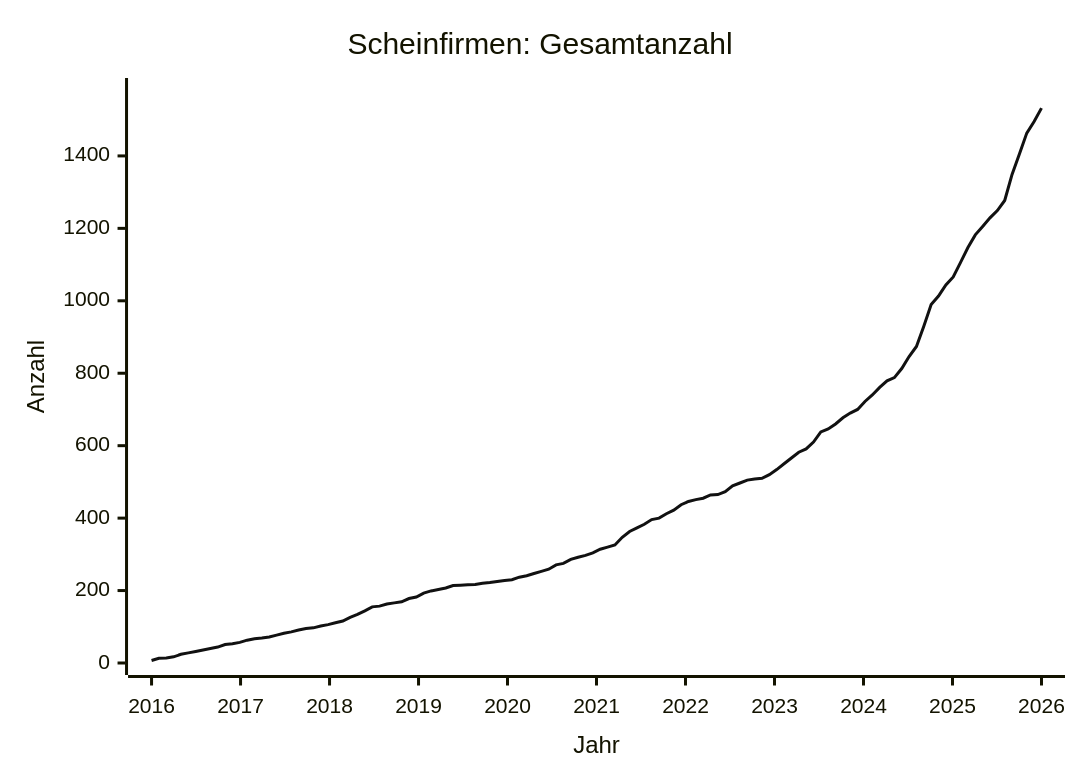
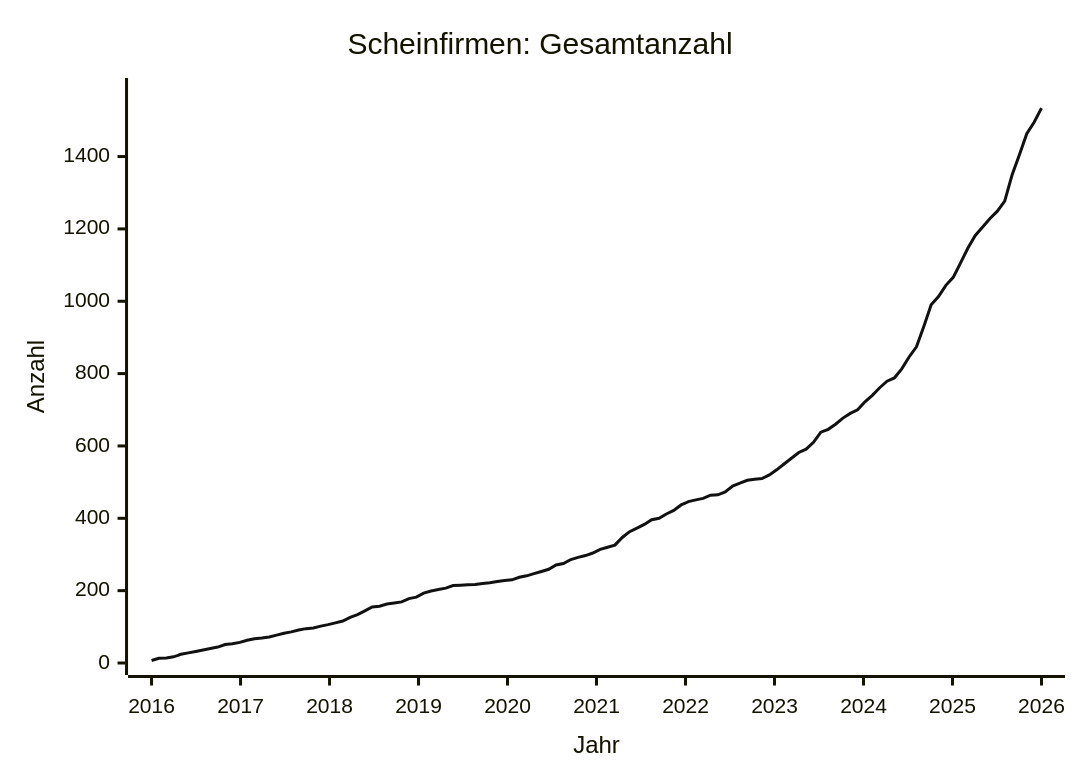
Before and after one commit to arjoma/scheinfirmen-at: the diagram in data/STATS.md, drawn with Mermaid. The commit also changed other lines of this file and 3 other files, not shown here.

````diff
--- a/data/STATS.md
+++ b/data/STATS.md
@@ -9,13 +9,13 @@
 ```mermaid
 ---
 config:
   themeVariables:
     xyChart:
       plotColorPalette: "#111111"
 ---
 xychart-beta
     title "Scheinfirmen: Gesamtanzahl"
     x-axis "Jahr" 2016 --> 2026
-    y-axis "Anzahl" 0 --> 1582
-    line [7, 13, 14, 17, 24, 28, 32, 36, 40, 44, 51, 53, 57, 63, 67, 69, 72, 77, 82, 86, 91, 95, 97, 102, 106, 111, 116, 126, 134, 144, 155, 157, 163, 166, 169, 178, 182, 193, 199, 203, 207, 214, 215, 216, 217, 220, 222, 225, 228, 230, 237, 241, 247, 253, 259, 271, 275, 286, 292, 297, 304, 314, 320, 326, 347, 363, 373, 383, 396, 400, 412, 422, 437, 446, 451, 455, 464, 465, 473, 489, 497, 505, 508, 510, 520, 534, 550, 566, 582, 591, 610, 638, 646, 660, 677, 690, 700, 722, 740, 761, 779, 788, 813, 846, 874, 930, 990, 1013, 1044, 1066, 1106, 1147, 1182, 1205, 1229, 1249, 1277, 1349, 1405, 1463, 1495, 1532]
+    y-axis "Anzahl" 0 --> 1584
+    line [7, 13, 14, 17, 24, 28, 32, 36, 40, 44, 51, 53, 57, 63, 67, 69, 72, 77, 82, 86, 91, 95, 97, 102, 106, 111, 116, 126, 134, 144, 155, 157, 163, 166, 169, 178, 182, 193, 199, 203, 207, 214, 215, 216, 217, 220, 222, 225, 228, 230, 237, 241, 247, 253, 259, 271, 275, 286, 292, 297, 304, 314, 320, 326, 347, 363, 373, 383, 396, 400, 412, 422, 437, 446, 451, 455, 464, 465, 473, 489, 497, 505, 508, 510, 520, 534, 550, 566, 582, 591, 610, 638, 646, 660, 677, 690, 700, 722, 740, 761, 779, 788, 813, 846, 874, 930, 990, 1013, 1044, 1066, 1106, 1147, 1182, 1205, 1229, 1249, 1277, 1349, 1405, 1463, 1495, 1534]
 ```
````
